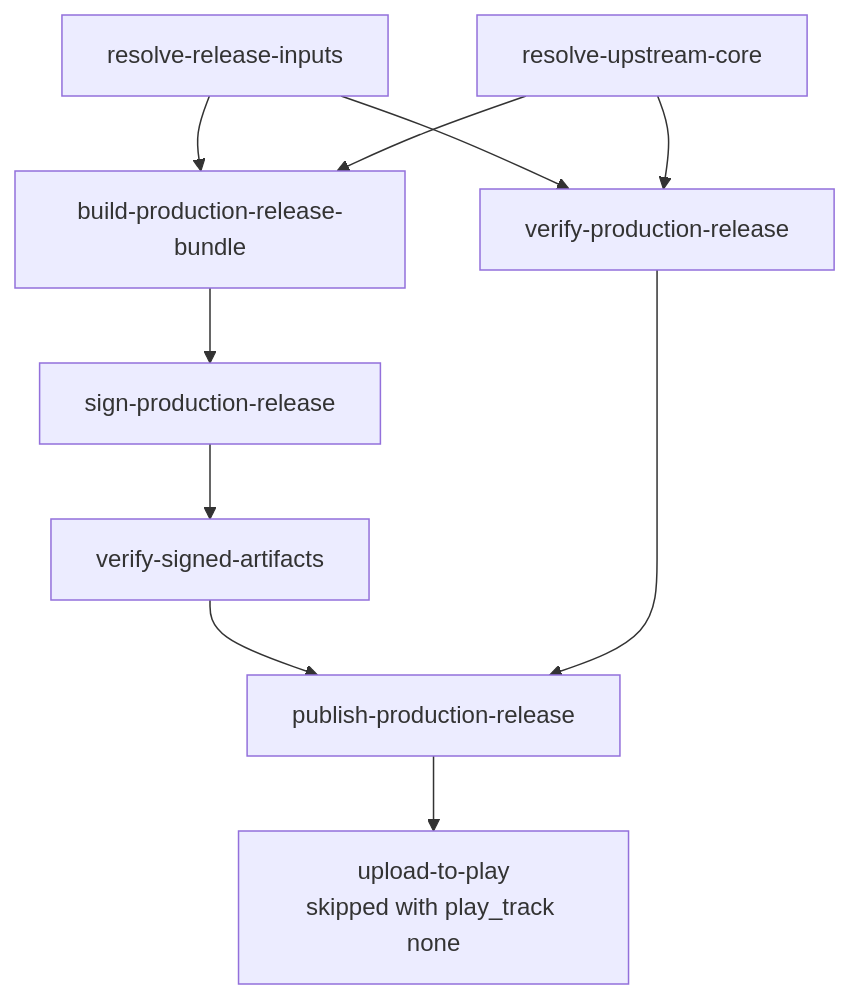
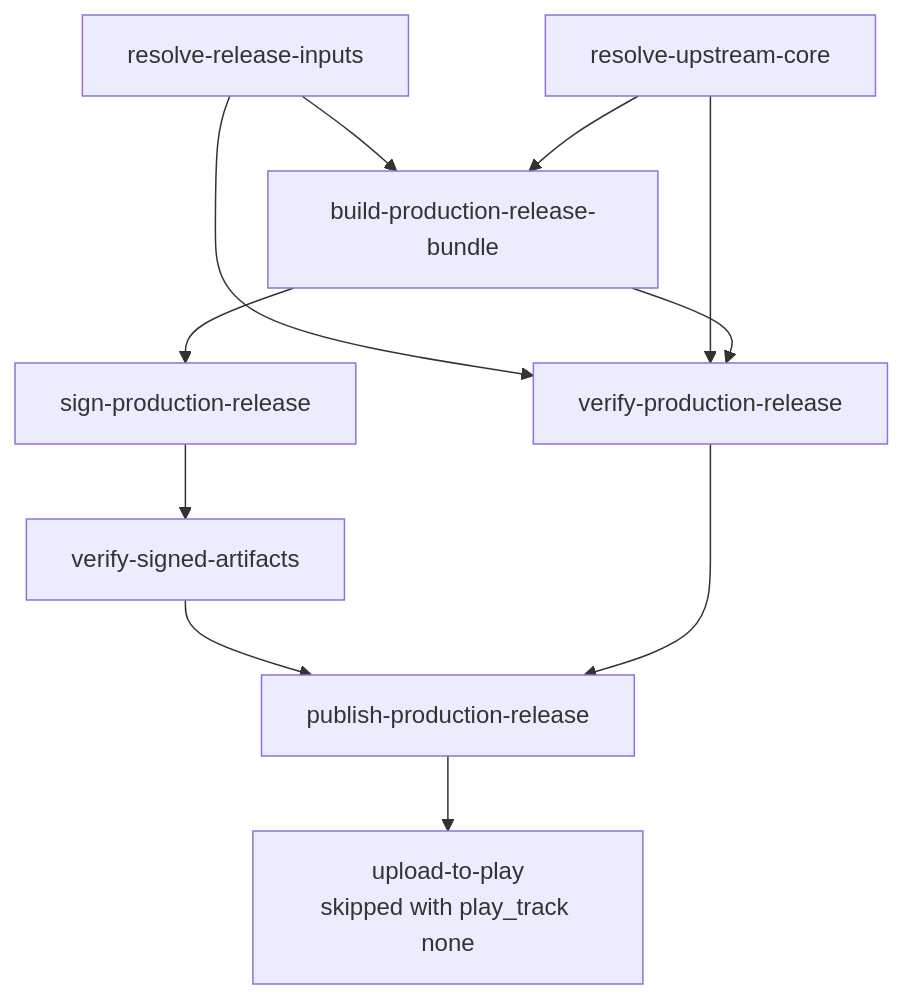
Before and after one commit to ppigazzini/r47zen: the diagram in android/docs/dev/12-cutting-a-release.md, drawn with Mermaid. The commit also changed other lines of this file and 8 other files, not shown here.

````diff
--- a/android/docs/dev/12-cutting-a-release.md
+++ b/android/docs/dev/12-cutting-a-release.md
@@ -88,19 +88,20 @@
 ```mermaid
 flowchart TD
   A[resolve-release-inputs]
   B[resolve-upstream-core]
   C[build-production-release-bundle]
   D[verify-production-release]
   E[sign-production-release]
   F[verify-signed-artifacts]
   G[publish-production-release]
   H[upload-to-play<br/>skipped with play_track none]
 
   A --> C
   B --> C
   A --> D
   B --> D
+  C --> D
   C --> E --> F --> G
   D --> G
   G --> H
 ```
````
